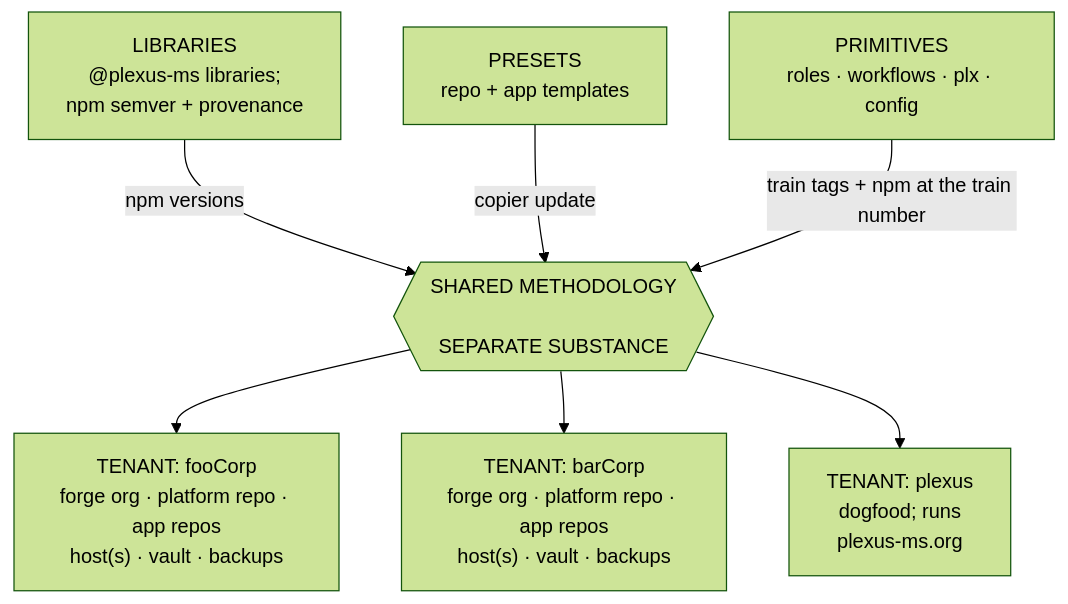
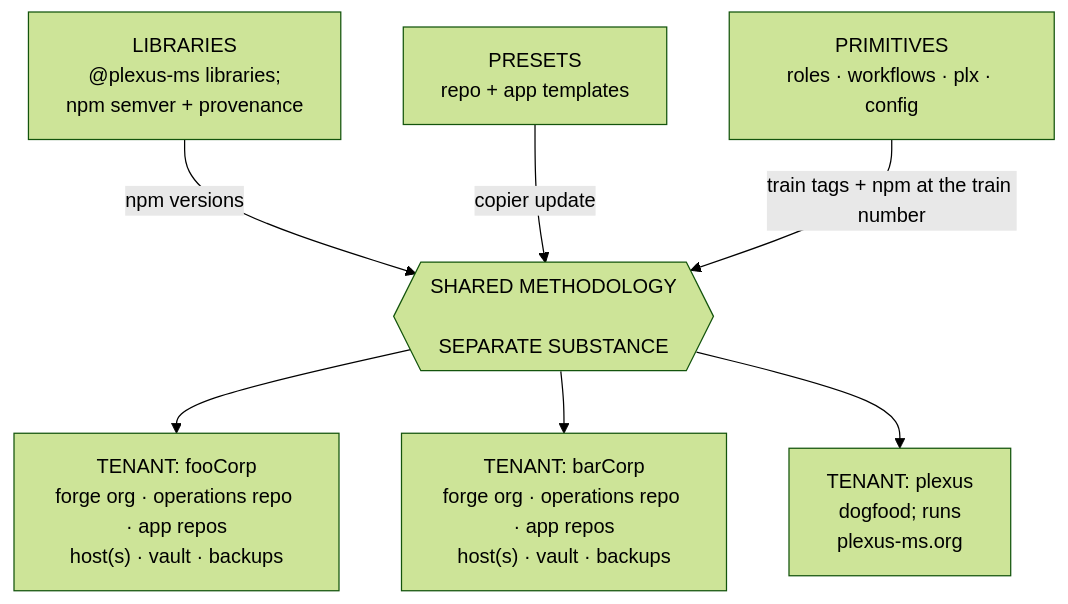
The diagram in essentials/standard.md (plexus-ms/compendium), drawn with Mermaid (forest theme) before and after one commit. The commit also changed other lines of this file and 16 other files, not shown here.

First line of the commit message:
Operations repo, one tagged playbook per layer shipped in four collections, no tenant prefix on hosts

````diff
--- a/essentials/standard.md
+++ b/essentials/standard.md
@@ -196,13 +196,13 @@
 ```mermaid
 flowchart TB
   packages["LIBRARIES<br>@plexus-ms libraries;<br>npm semver + provenance"]
   preset["PRESETS<br>repo + app templates"]
   ops["PRIMITIVES<br>roles · workflows · plx · config"]
   boundary{{"SHARED METHODOLOGY<br><br>SEPARATE SUBSTANCE"}}
   packages -- "npm versions" --> boundary
   preset -- "copier update" --> boundary
   ops -- "train tags + npm at the train number" --> boundary
-  boundary --> acme["TENANT: fooCorp<br>forge org · platform repo · app repos<br>host(s) · vault · backups"]
-  boundary --> initech["TENANT: barCorp<br>forge org · platform repo · app repos<br>host(s) · vault · backups"]
+  boundary --> acme["TENANT: fooCorp<br>forge org · operations repo · app repos<br>host(s) · vault · backups"]
+  boundary --> initech["TENANT: barCorp<br>forge org · operations repo · app repos<br>host(s) · vault · backups"]
   boundary --> plexus["TENANT: plexus<br>dogfood; runs<br>plexus-ms.org"]
 ```
````
